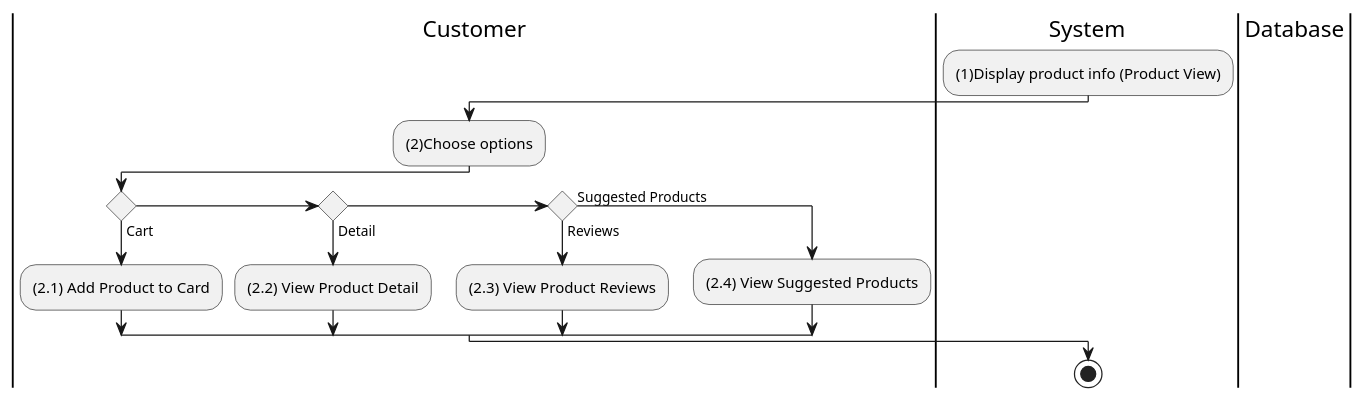
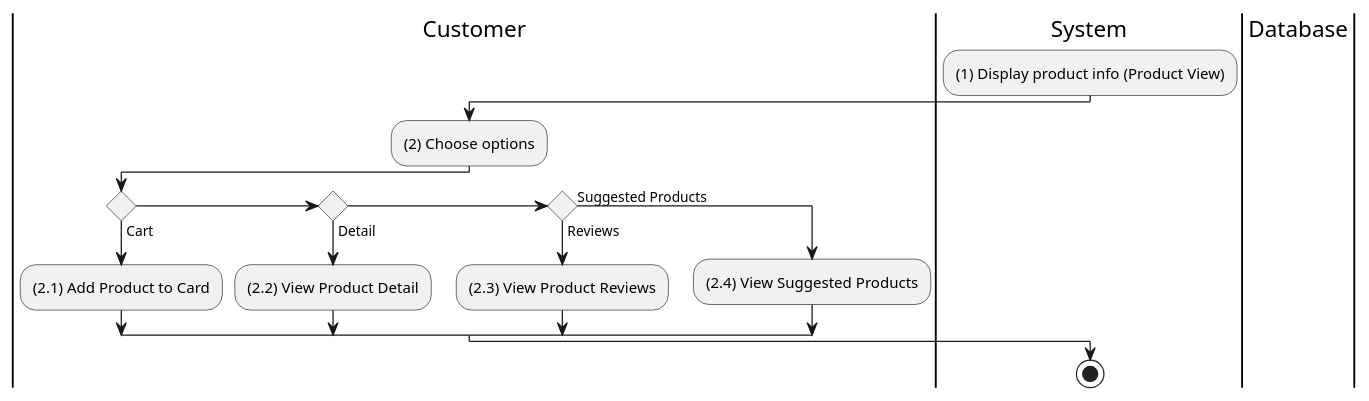
One commit to electricilies/electricilies.github.io changed the diagram in docs/docs/activity/view-product/view-product.md. Above: the diagram before and after it, drawn with PlantUML. The commit also changed 1 other file, not shown here.

Commit message:
chore: space after number

````diff
--- a/docs/docs/activity/view-product/view-product.md
+++ b/docs/docs/activity/view-product/view-product.md
@@ -3,25 +3,25 @@
 ```plantuml
 @startuml
 |C|Customer
 
 |S|System
-:(1)Display product info (Product View);
+:(1) Display product info (Product View);
 
 |D|Database
 
 |C|
-:(2)Choose options;
+:(2) Choose options;
 if () then (Cart)
   :(2.1) Add Product to Card;
 elseif () then (Detail)
   :(2.2) View Product Detail;
 elseif () then (Reviews)
   :(2.3) View Product Reviews;
 else (Suggested Products)
   :(2.4) View Suggested Products;
 endif
 
 |S|
 stop
 @enduml
 ```
````
